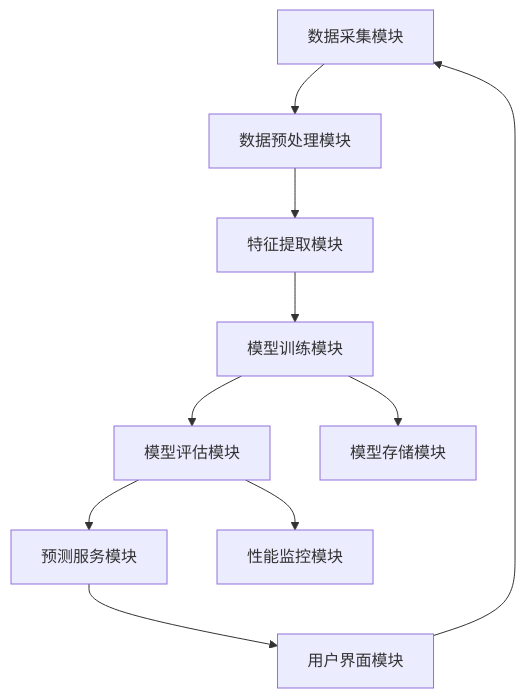
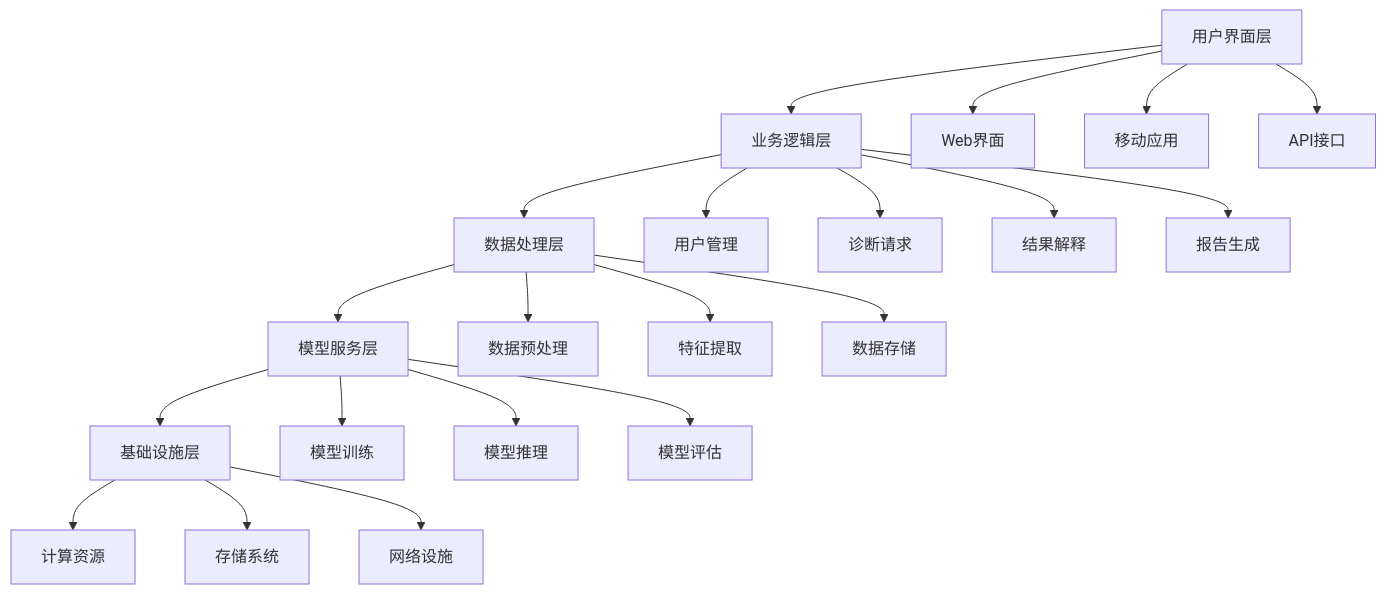
Before and after one commit to valkryhx/patent_agents: the first of 3 diagrams in output/progress/以证据图增强的rag系统_ada191f4/07_drawings.md, drawn with Mermaid. The commit also changed other lines of this file and 1 other file, not shown here.

Commit message:
Update system architecture, data flow, and core algorithm diagrams

````diff
--- a/output/progress/以证据图增强的rag系统_ada191f4/07_drawings.md
+++ b/output/progress/以证据图增强的rag系统_ada191f4/07_drawings.md
@@ -9,12 +21,28 @@
 ```mermaid
 graph TD
-    A[数据采集模块] --> B[数据预处理模块]
-    B --> C[特征提取模块]
-    C --> D[模型训练模块]
-    D --> E[模型评估模块]
-    E --> F[预测服务模块]
-    F --> G[用户界面模块]
-    G --> A
-    D --> H[模型存储模块]
-    E --> I[性能监控模块]
+    A[用户界面层] --> B[业务逻辑层]
+    B --> C[数据处理层]
+    C --> D[模型服务层]
+    D --> E[基础设施层]
+    
+    A --> A1[Web界面]
+    A --> A2[移动应用]
+    A --> A3[API接口]
+    
+    B --> B1[用户管理]
+    B --> B2[诊断请求]
+    B --> B3[结果解释]
+    B --> B4[报告生成]
+    
+    C --> C1[数据预处理]
+    C --> C2[特征提取]
+    C --> C3[数据存储]
+    
+    D --> D1[模型训练]
+    D --> D2[模型推理]
+    D --> D3[模型评估]
+    
+    E --> E1[计算资源]
+    E --> E2[存储系统]
+    E --> E3[网络设施]
 ```
````
